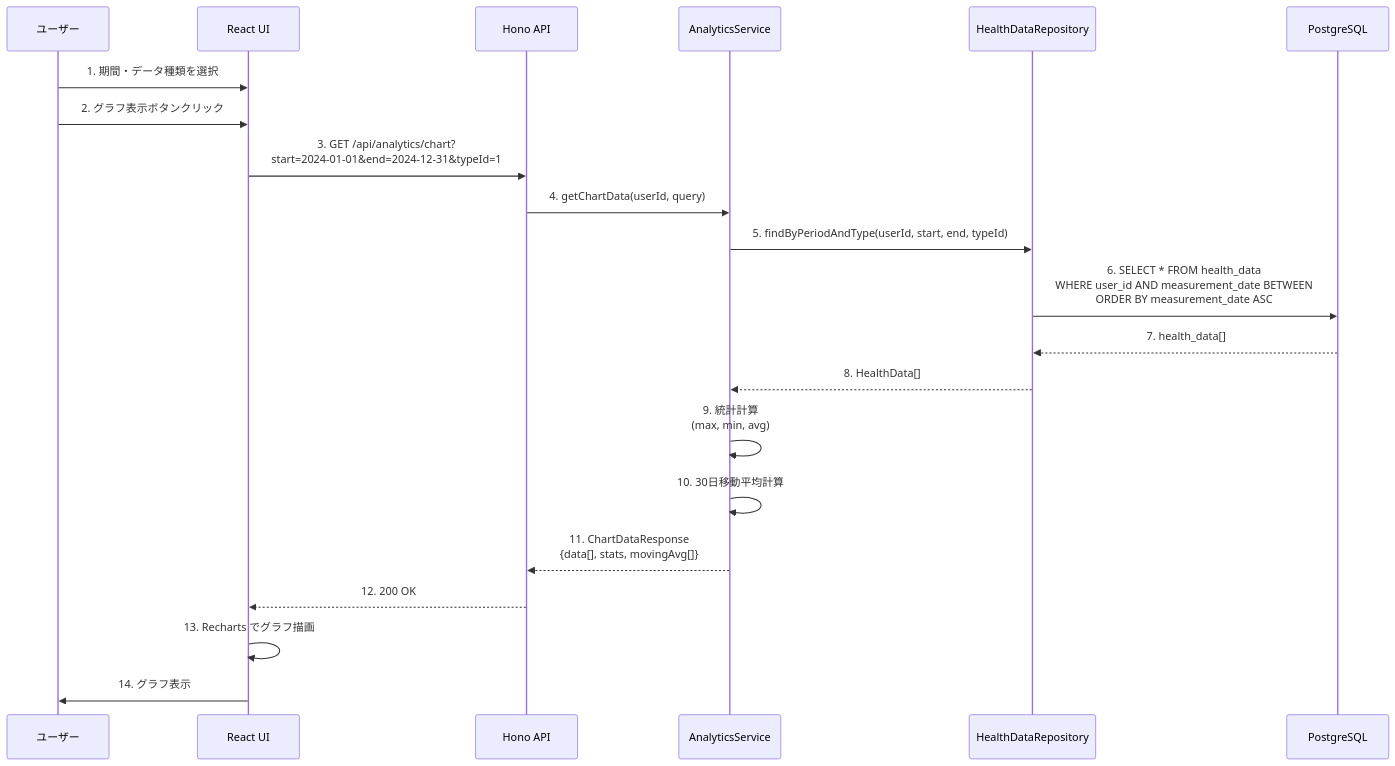
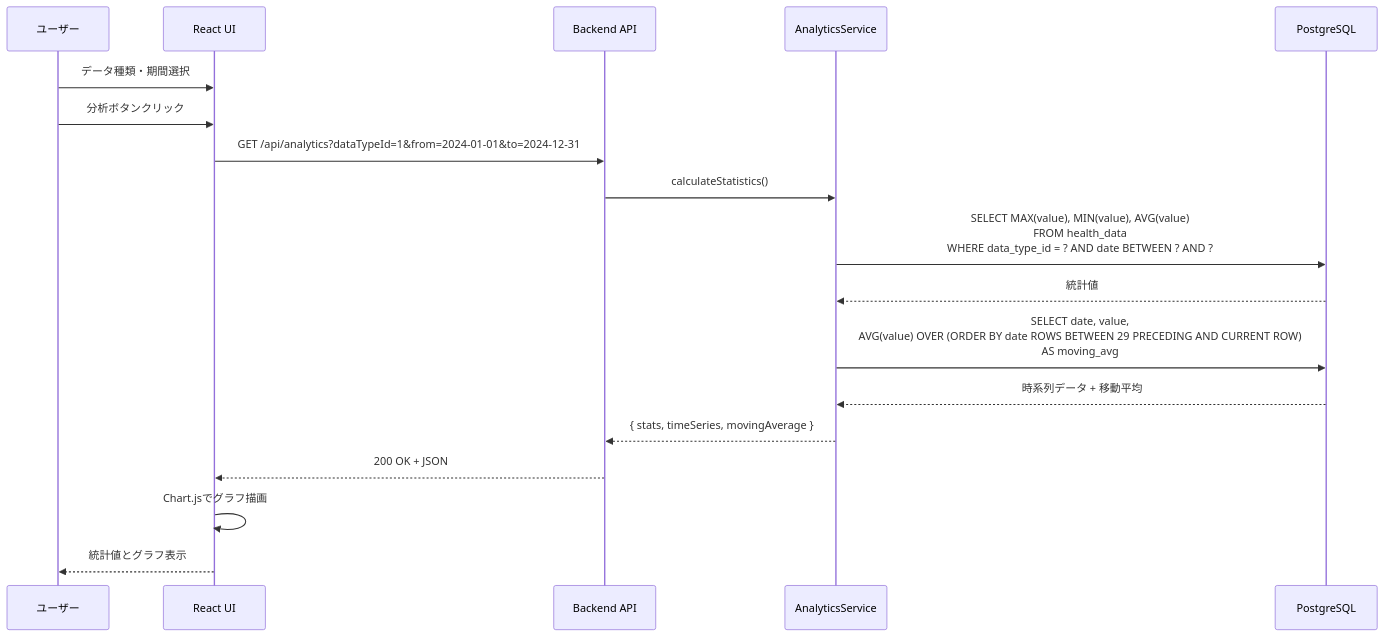
Before and after one commit to mkyutani/sphr: the fourth of 19 diagrams in .kiro/specs/personal-healthcare-record/design.md, drawn with Mermaid. The commit also changed other lines of this file and 2 other files, not shown here.

````diff
--- a/.kiro/specs/personal-healthcare-record/design.md
+++ b/.kiro/specs/personal-healthcare-record/design.md
@@ -272,24 +242,21 @@
 ```mermaid
 sequenceDiagram
     participant User as ユーザー
     participant UI as React UI
-    participant API as Hono API
+    participant API as Backend API
     participant Service as AnalyticsService
-    participant Repo as HealthDataRepository
     participant DB as PostgreSQL
 
-    User->>UI: 1. 期間・データ種類を選択
-    User->>UI: 2. グラフ表示ボタンクリック
-    UI->>API: 3. GET /api/analytics/chart?<br/>start=2024-01-01&end=2024-12-31&typeId=1
-    API->>Service: 4. getChartData(userId, query)
-    Service->>Repo: 5. findByPeriodAndType(userId, start, end, typeId)
-    Repo->>DB: 6. SELECT * FROM health_data<br/>WHERE user_id AND measurement_date BETWEEN<br/>ORDER BY measurement_date ASC
-    DB-->>Repo: 7. health_data[]
-    Repo-->>Service: 8. HealthData[]
-    Service->>Service: 9. 統計計算<br/>(max, min, avg)
-    Service->>Service: 10. 30日移動平均計算
-    Service-->>API: 11. ChartDataResponse<br/>{data[], stats, movingAvg[]}
-    API-->>UI: 12. 200 OK
-    UI->>UI: 13. Recharts でグラフ描画
-    UI->>User: 14. グラフ表示
+    User->>UI: データ種類・期間選択
+    User->>UI: 分析ボタンクリック
+    UI->>API: GET /api/analytics?dataTypeId=1&from=2024-01-01&to=2024-12-31
+    API->>Service: calculateStatistics()
+    Service->>DB: SELECT MAX(value), MIN(value), AVG(value)<br/>FROM health_data<br/>WHERE data_type_id = ? AND date BETWEEN ? AND ?
+    DB-->>Service: 統計値
+    Service->>DB: SELECT date, value,<br/>AVG(value) OVER (ORDER BY date ROWS BETWEEN 29 PRECEDING AND CURRENT ROW)<br/>AS moving_avg
+    DB-->>Service: 時系列データ + 移動平均
+    Service-->>API: { stats, timeSeries, movingAverage }
+    API-->>UI: 200 OK + JSON
+    UI->>UI: Chart.jsでグラフ描画
+    UI-->>User: 統計値とグラフ表示
 ```
````
